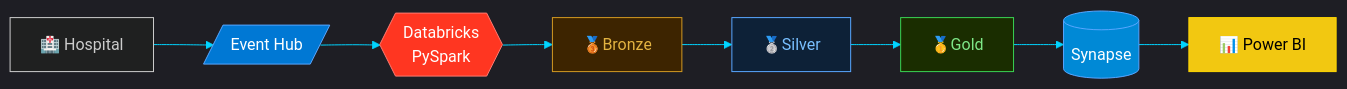
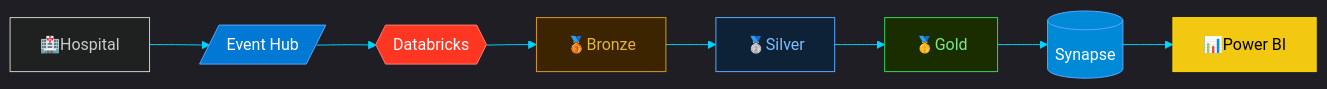
The second of 5 diagrams in README.md (shehab-hub-0/shehab-hub-0), drawn with Mermaid before and after one commit. The commit also changed other lines of this file, not shown here.

````diff
--- a/README.md
+++ b/README.md
@@ -217,16 +276,16 @@
 ```mermaid
 %%{init:{"theme":"dark","themeVariables":{"lineColor":"#00d4ff"}}}%%
 flowchart LR
-    A["🏥 Hospital"] --> B[/"Event Hub"/]
-    B --> C{{"Databricks\nPySpark"}}
+    A["🏥Hospital"] --> B[/"Event Hub"/]
+    B --> C{{"Databricks"}}
     C --> D["🥉Bronze"] --> E["🥈Silver"] --> F["🥇Gold"]
-    F --> G[("Synapse")] --> H["📊 Power BI"]
+    F --> G[("Synapse")] --> H["📊Power BI"]
 
     style B fill:#0078D4,stroke:#58a6ff,color:#fff
     style C fill:#FF3621,stroke:#ff7b72,color:#fff
     style D fill:#3d2400,stroke:#d29922,color:#e3b341
     style E fill:#0d2137,stroke:#58a6ff,color:#79c0ff
     style F fill:#1a2d00,stroke:#39d353,color:#7ee787
     style G fill:#0089D6,stroke:#58a6ff,color:#fff
     style H fill:#F2C811,stroke:#ffd700,color:#000
 ```
````
